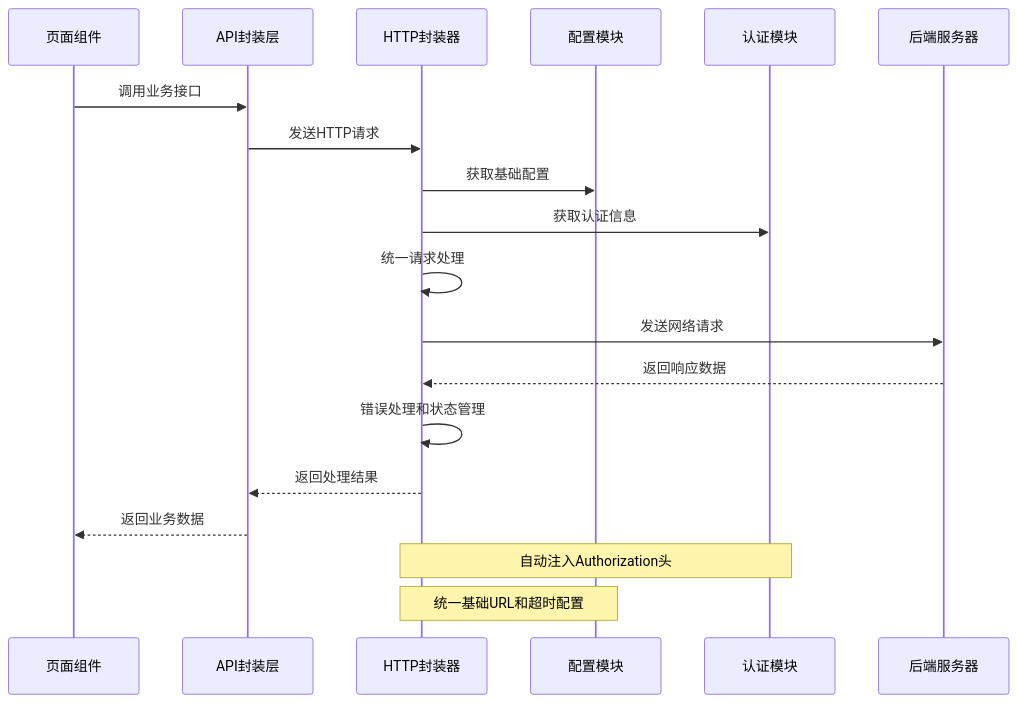
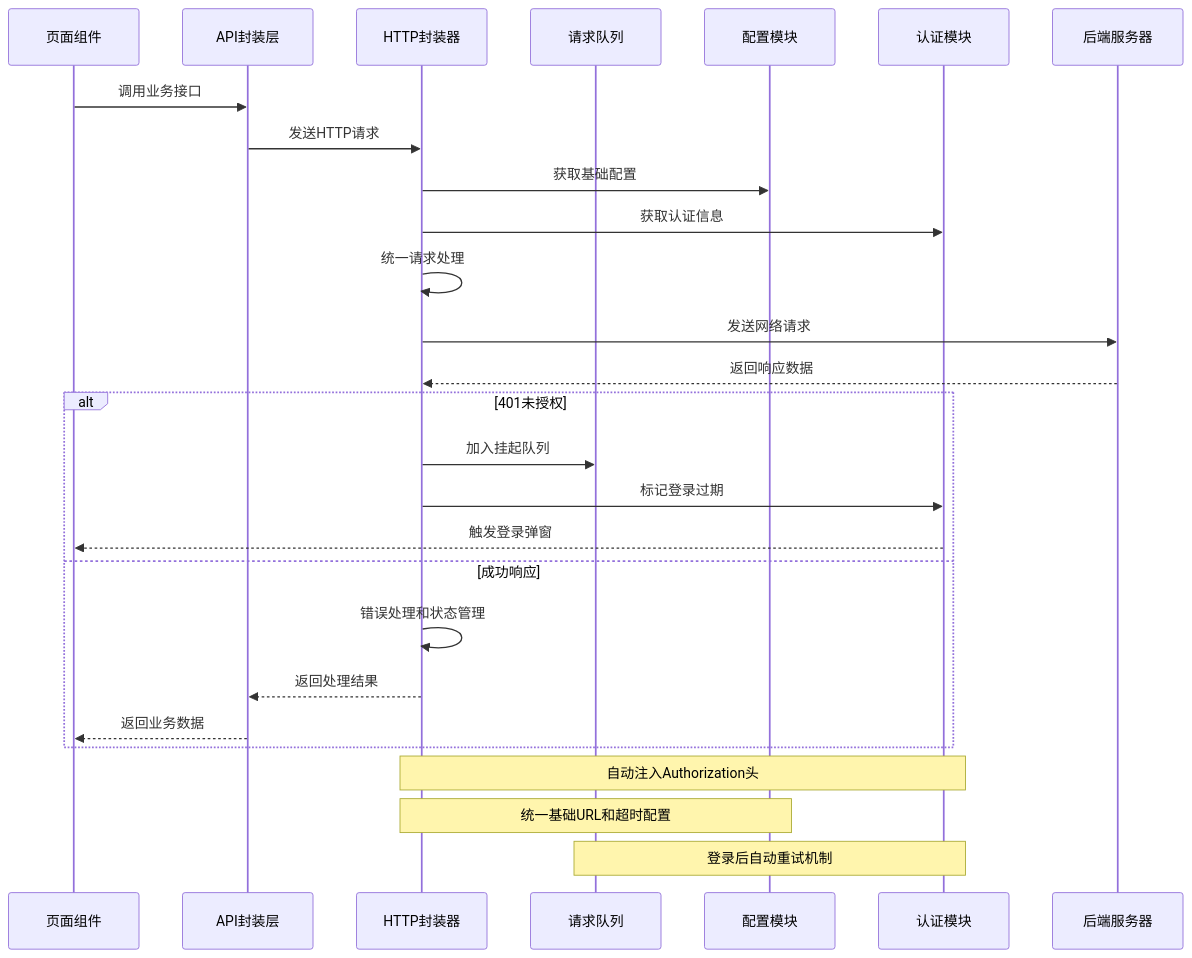
One commit to crazyma99/blueberry changed the second of 8 diagrams in .qoder/repowiki/zh/content/工具模块详解/HTTP请求封装器.md. Above: the diagram before and after it, drawn with Mermaid. The commit also changed other lines of this file and 7 other files, not shown here.

````diff
--- a/.qoder/repowiki/zh/content/工具模块详解/HTTP请求封装器.md
+++ b/.qoder/repowiki/zh/content/工具模块详解/HTTP请求封装器.md
@@ -115,21 +143,29 @@
 ```mermaid
 sequenceDiagram
 participant Page as 页面组件
 participant API as API封装层
 participant HTTP as HTTP封装器
+participant Queue as 请求队列
 participant Config as 配置模块
 participant Auth as 认证模块
 participant Server as 后端服务器
 Page->>API : 调用业务接口
 API->>HTTP : 发送HTTP请求
 HTTP->>Config : 获取基础配置
 HTTP->>Auth : 获取认证信息
 HTTP->>HTTP : 统一请求处理
 HTTP->>Server : 发送网络请求
 Server-->>HTTP : 返回响应数据
+alt 401未授权
+HTTP->>Queue : 加入挂起队列
+HTTP->>Auth : 标记登录过期
+Auth-->>Page : 触发登录弹窗
+else 成功响应
 HTTP->>HTTP : 错误处理和状态管理
 HTTP-->>API : 返回处理结果
 API-->>Page : 返回业务数据
+end
 Note over HTTP,Auth : 自动注入Authorization头
 Note over HTTP,Config : 统一基础URL和超时配置
+Note over Queue,Auth : 登录后自动重试机制
 ```
````
